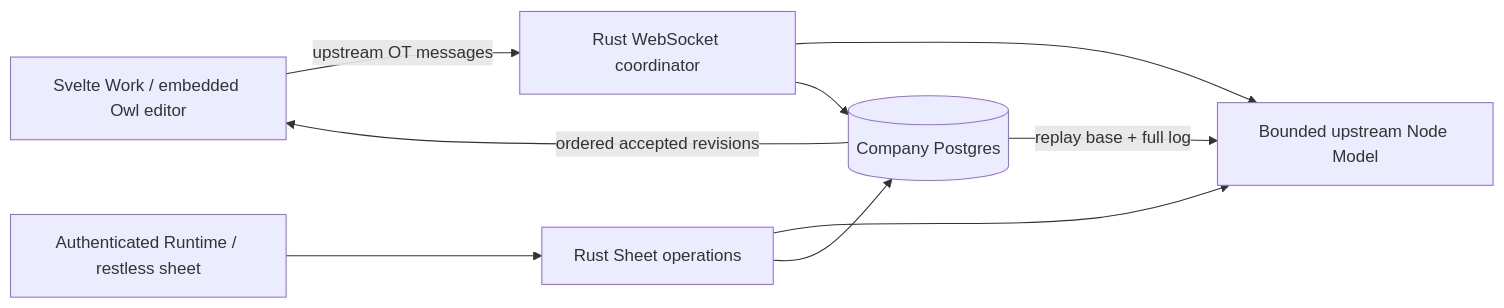
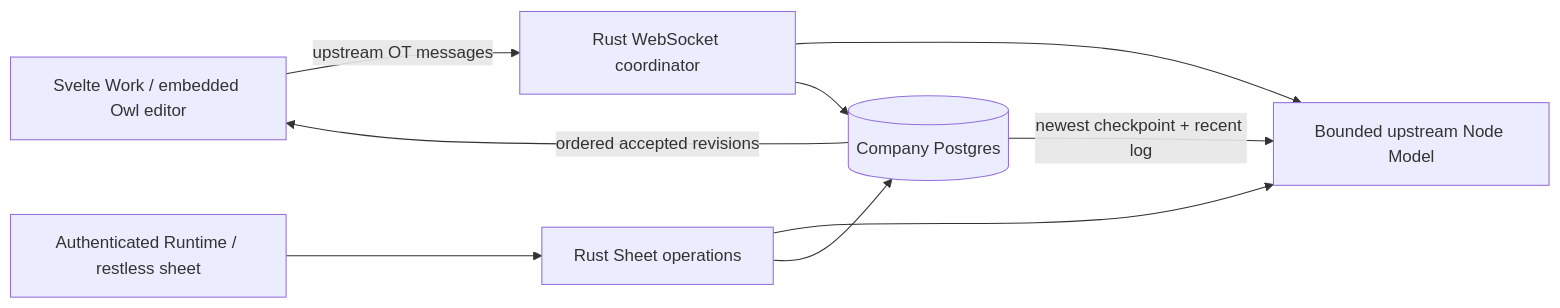
The diagram in docs/specs/native-sheets.md (BlueprintLabIO/restless-core), drawn with Mermaid before and after one commit. The commit also changed other lines of this file and 12 other files, not shown here.

````diff
--- a/docs/specs/native-sheets.md
+++ b/docs/specs/native-sheets.md
@@ -8,11 +8,11 @@
 ```mermaid
 flowchart LR
   Human[Svelte Work / embedded Owl editor] -->|upstream OT messages| WS[Rust WebSocket coordinator]
   Agent[Authenticated Runtime / restless sheet] --> API[Rust Sheet operations]
   API --> Engine[Bounded upstream Node Model]
   WS --> Engine
   WS --> DB[(Company Postgres)]
   API --> DB
   DB -->|ordered accepted revisions| Human
-  DB -->|replay base + full log| Engine
+  DB -->|newest checkpoint + recent log| Engine
 ```
````
